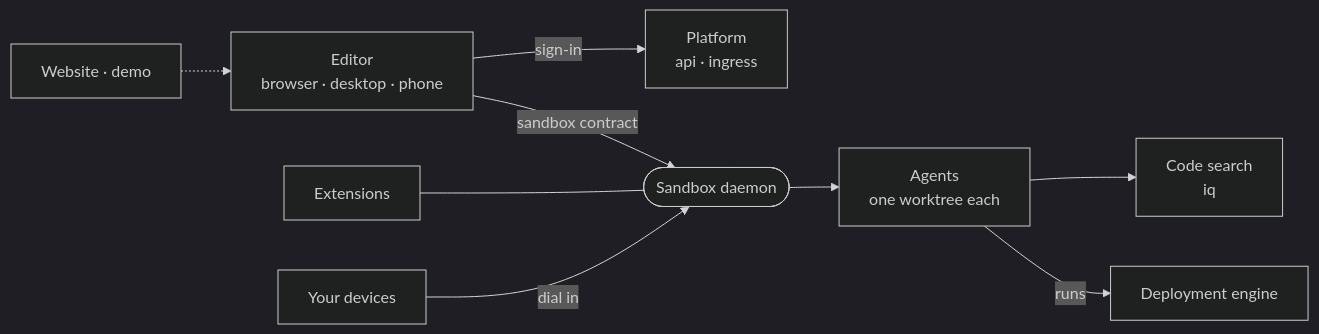
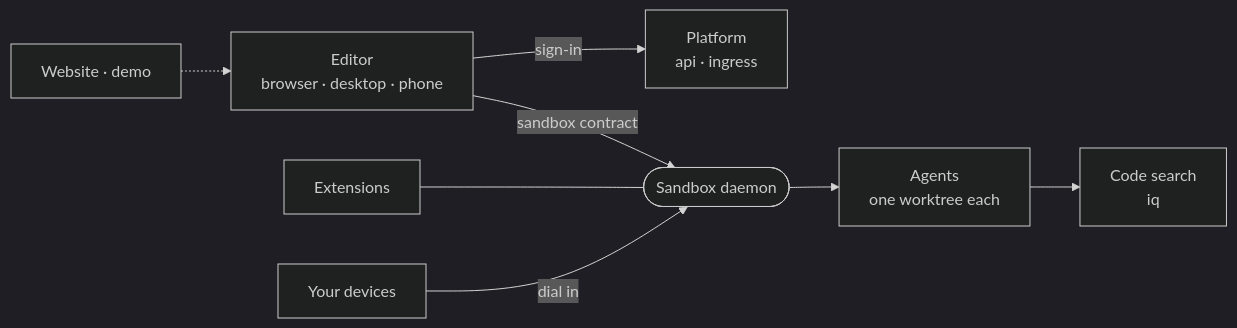
One commit to intentic/intentic changed the diagram in ARCHITECTURE.md. Above: the diagram before and after it, drawn with Mermaid (dark theme). The commit also changed other lines of this file and 671 other files, not shown here.

````diff
--- a/ARCHITECTURE.md
+++ b/ARCHITECTURE.md
@@ -5,11 +5,10 @@
 ```mermaid
 flowchart LR
     editor["Editor<br/>browser · desktop · phone"] -->|"sign-in"| platform["Platform<br/>api · ingress"]
     editor -->|"sandbox contract"| daemon(["Sandbox daemon"])
     daemon --> agents["Agents<br/>one worktree each"]
     extensions["Extensions"] --- daemon
     devices["Your devices"] -->|"dial in"| daemon
     agents --> search["Code search<br/>iq"]
-    agents -->|"runs"| deploy["Deployment engine"]
     site["Website · demo"] -.-> editor
 ```
````
